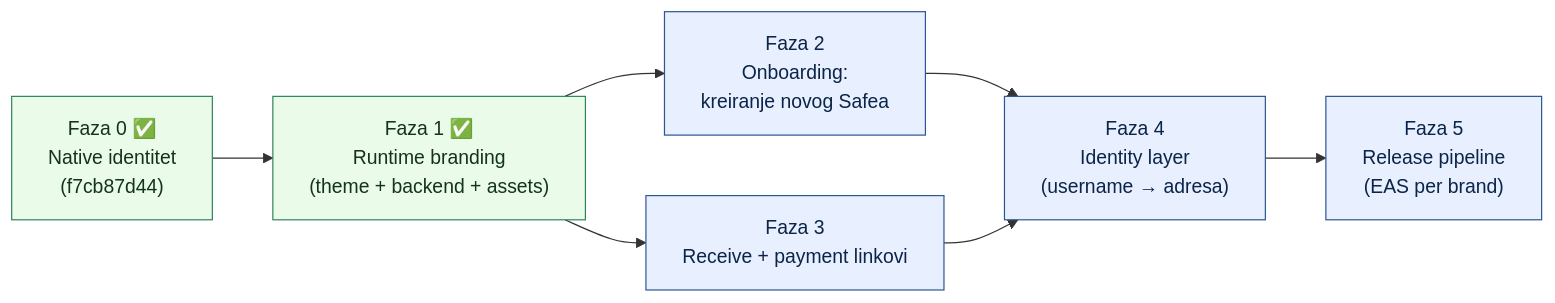
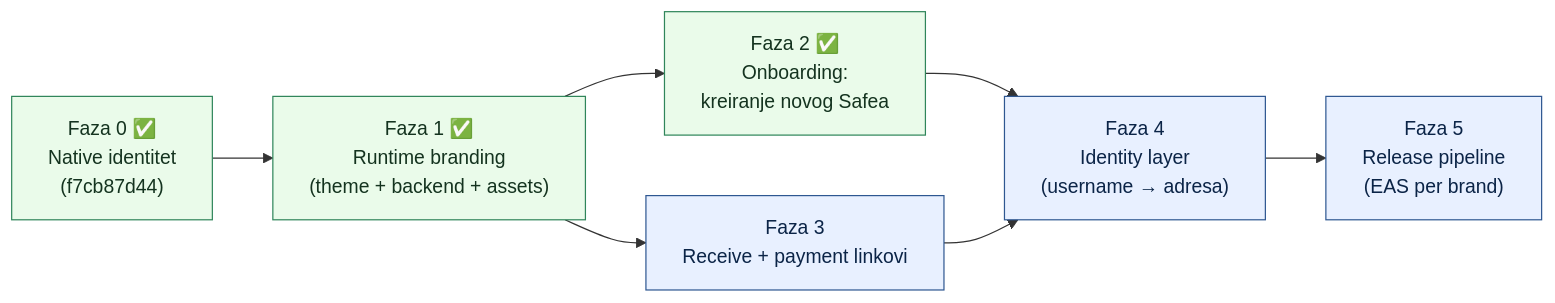
One commit to airkuna/safe-wallet-monorepo changed the diagram in docs/whitelabel-wallet/handoffs/README.md. Above: the diagram before and after it, drawn with Mermaid. The commit also changed other lines of this file and 2 other files, not shown here.

Commit message:
docs(whitelabel): mark faza 2 onboarding as delivered

````diff
--- a/docs/whitelabel-wallet/handoffs/README.md
+++ b/docs/whitelabel-wallet/handoffs/README.md
@@ -17,14 +17,14 @@
 ```mermaid
 flowchart LR
   F0["Faza 0 ✅<br/>Native identitet<br/>(f7cb87d44)"] --> F1["Faza 1 ✅<br/>Runtime branding<br/>(theme + backend + assets)"]
-  F1 --> F2["Faza 2<br/>Onboarding:<br/>kreiranje novog Safea"]
+  F1 --> F2["Faza 2 ✅<br/>Onboarding:<br/>kreiranje novog Safea"]
   F1 --> F3["Faza 3<br/>Receive + payment linkovi"]
   F2 --> F4["Faza 4<br/>Identity layer<br/>(username → adresa)"]
   F3 --> F4
   F4 --> F5["Faza 5<br/>Release pipeline<br/>(EAS per brand)"]
 
   classDef done fill:#eafbea,stroke:#2f855a,color:#14331f
   classDef todo fill:#e8f0ff,stroke:#2e5791,color:#0b2447
-  class F0,F1 done
-  class F2,F3,F4,F5 todo
+  class F0,F1,F2 done
+  class F3,F4,F5 todo
 ```
````
